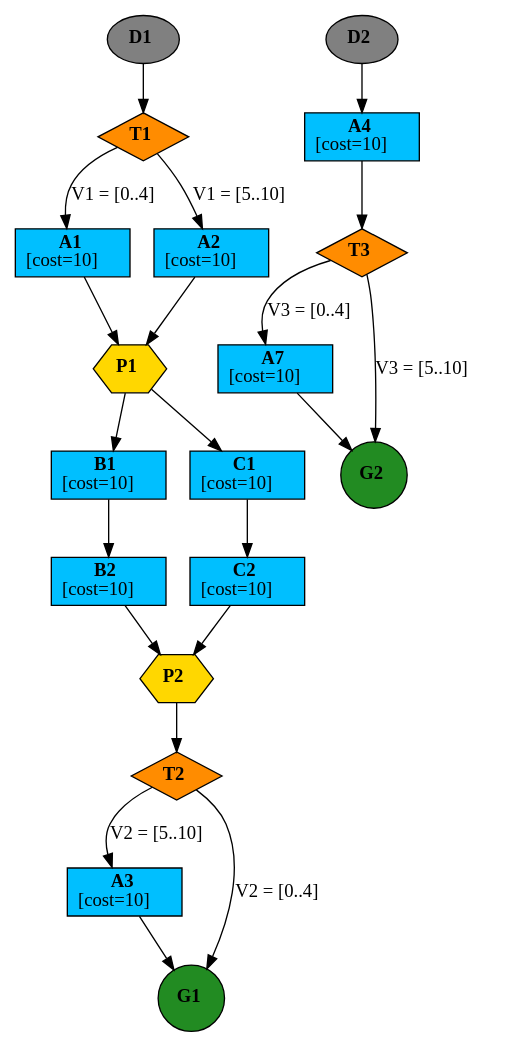
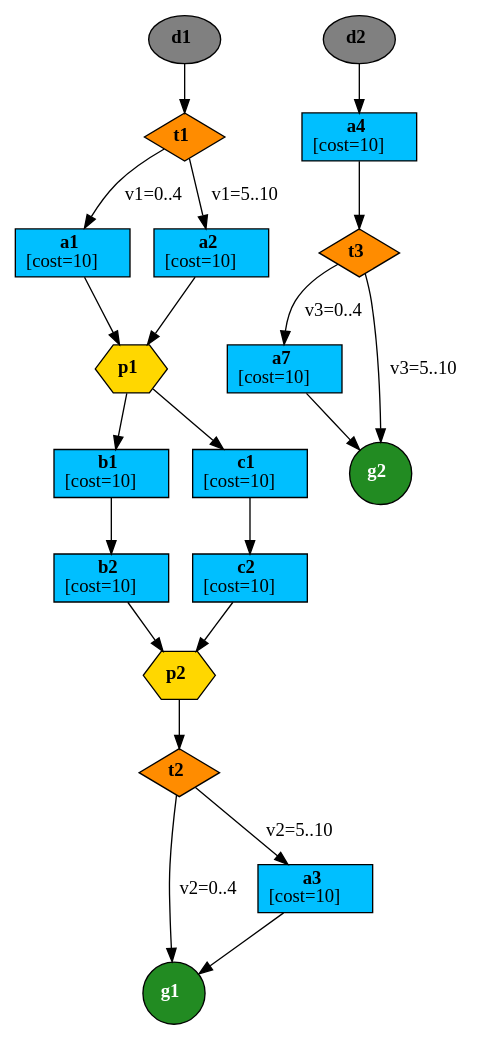
Before and after one commit to sysmon37/GraphToPDDL: the diagram in NetworkXGraph/test_5.gv, drawn with Graphviz. The commit also changed 4 other files, not shown here.

```diff
--- a/NetworkXGraph/test_5.gv
+++ b/NetworkXGraph/test_5.gv
@@ -1,40 +1,40 @@
 digraph test_5 {
-	d1 [label=<<b>D1</b>> fillcolor=grey shape=oval style=filled]
-	d2 [label=<<b>D2</b>> fillcolor=grey shape=oval style=filled]
-	t1 [label=<<b>T1</b>> fillcolor=darkorange shape=diamond style=filled]
+	d1 [label=<<b>d1</b>> fillcolor=grey fontcolor=black shape=oval style=filled]
 	d1 -> t1 [label=""]
-	t2 [label=<<b>T2</b>> fillcolor=darkorange shape=diamond style=filled]
+	d2 [label=<<b>d2</b>> fillcolor=grey fontcolor=black shape=oval style=filled]
+	d2 -> a4 [label=""]
+	t1 [label=<<b>t1</b>> fillcolor=darkorange fontcolor=black shape=diamond style=filled]
+	t1 -> a1 [label="v1=0..4"]
+	t1 -> a2 [label="v1=5..10"]
+	t2 [label=<<b>t2</b>> fillcolor=darkorange fontcolor=black shape=diamond style=filled]
+	t2 -> g1 [label="v2=0..4"]
+	t2 -> a3 [label="v2=5..10"]
+	t3 [label=<<b>t3</b>> fillcolor=darkorange fontcolor=black shape=diamond style=filled]
+	t3 -> a7 [label="v3=0..4"]
+	t3 -> g2 [label="v3=5..10"]
+	a1 [label=<<b>a1</b><br/>[cost=10]> fillcolor=deepskyblue fontcolor=black shape=box style=filled]
+	a1 -> p1 [label=""]
+	a2 [label=<<b>a2</b><br/>[cost=10]> fillcolor=deepskyblue fontcolor=black shape=box style=filled]
+	a2 -> p1 [label=""]
+	a3 [label=<<b>a3</b><br/>[cost=10]> fillcolor=deepskyblue fontcolor=black shape=box style=filled]
+	a3 -> g1 [label=""]
+	a7 [label=<<b>a7</b><br/>[cost=10]> fillcolor=deepskyblue fontcolor=black shape=box style=filled]
+	a7 -> g2 [label=""]
+	a4 [label=<<b>a4</b><br/>[cost=10]> fillcolor=deepskyblue fontcolor=black shape=box style=filled]
+	a4 -> t3 [label=""]
+	b1 [label=<<b>b1</b><br/>[cost=10]> fillcolor=deepskyblue fontcolor=black shape=box style=filled]
+	b1 -> b2 [label=""]
+	b2 [label=<<b>b2</b><br/>[cost=10]> fillcolor=deepskyblue fontcolor=black shape=box style=filled]
+	b2 -> p2 [label=""]
+	c1 [label=<<b>c1</b><br/>[cost=10]> fillcolor=deepskyblue fontcolor=black shape=box style=filled]
+	c1 -> c2 [label=""]
+	c2 [label=<<b>c2</b><br/>[cost=10]> fillcolor=deepskyblue fontcolor=black shape=box style=filled]
+	c2 -> p2 [label=""]
+	p1 [label=<<b>p1</b>> fillcolor=gold fontcolor=black shape=hexagon style=filled]
+	p1 -> b1 [label=""]
+	p1 -> c1 [label=""]
+	p2 [label=<<b>p2</b>> fillcolor=gold fontcolor=black shape=hexagon style=filled]
 	p2 -> t2 [label=""]
-	t3 [label=<<b>T3</b>> fillcolor=darkorange shape=diamond style=filled]
-	a4 -> t3 [label=""]
-	a1 [label=<<b>A1</b><br/>[cost=10]> fillcolor=deepskyblue shape=box style=filled]
-	t1 -> a1 [label=<V1 = [0..4]>]
-	a2 [label=<<b>A2</b><br/>[cost=10]> fillcolor=deepskyblue shape=box style=filled]
-	t1 -> a2 [label=<V1 = [5..10]>]
-	a3 [label=<<b>A3</b><br/>[cost=10]> fillcolor=deepskyblue shape=box style=filled]
-	t2 -> a3 [label=<V2 = [5..10]>]
-	a7 [label=<<b>A7</b><br/>[cost=10]> fillcolor=deepskyblue shape=box style=filled]
-	t3 -> a7 [label=<V3 = [0..4]>]
-	a4 [label=<<b>A4</b><br/>[cost=10]> fillcolor=deepskyblue shape=box style=filled]
-	d2 -> a4 [label=""]
-	b1 [label=<<b>B1</b><br/>[cost=10]> fillcolor=deepskyblue shape=box style=filled]
-	p1 -> b1 [label=""]
-	b2 [label=<<b>B2</b><br/>[cost=10]> fillcolor=deepskyblue shape=box style=filled]
-	b1 -> b2 [label=""]
-	c1 [label=<<b>C1</b><br/>[cost=10]> fillcolor=deepskyblue shape=box style=filled]
-	p1 -> c1 [label=""]
-	c2 [label=<<b>C2</b><br/>[cost=10]> fillcolor=deepskyblue shape=box style=filled]
-	c1 -> c2 [label=""]
-	p1 [label=<<b>P1</b>> fillcolor=gold shape=hexagon style=filled]
-	a1 -> p1 [label=""]
-	a2 -> p1 [label=""]
-	p2 [label=<<b>P2</b>> fillcolor=gold shape=hexagon style=filled]
-	b2 -> p2 [label=""]
-	c2 -> p2 [label=""]
-	g1 [label=<<b>G1</b>> fillcolor=forestgreen shape=circle style=filled]
-	t2 -> g1 [label=<V2 = [0..4]>]
-	a3 -> g1 [label=""]
-	g2 [label=<<b>G2</b>> fillcolor=forestgreen shape=circle style=filled]
-	t3 -> g2 [label=<V3 = [5..10]>]
-	a7 -> g2 [label=""]
+	g1 [label=<<b>g1</b>> fillcolor=forestgreen fontcolor=white shape=circle style=filled]
+	g2 [label=<<b>g2</b>> fillcolor=forestgreen fontcolor=white shape=circle style=filled]
 }
```
